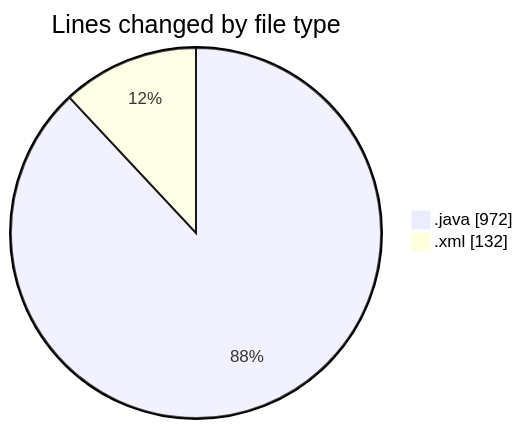
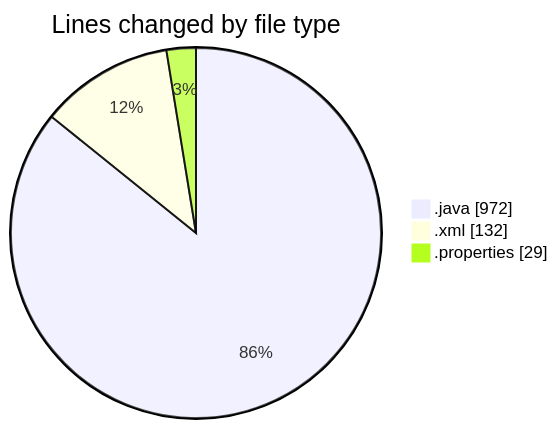
One commit to CELIANVF/code-tracking changed the first of 2 diagrams in 2025-06-06/androidsumapp/README.md. Above: the diagram before and after it, drawn with Mermaid. The commit also changed other lines of this file and 1 other file, not shown here.

````diff
--- a/2025-06-06/androidsumapp/README.md
+++ b/2025-06-06/androidsumapp/README.md
@@ -22,6 +23,7 @@
 ```mermaid
 pie showData
 title Lines changed by file type
 ".java" : 972
 ".xml" : 132
+".properties" : 29
 ```
````
